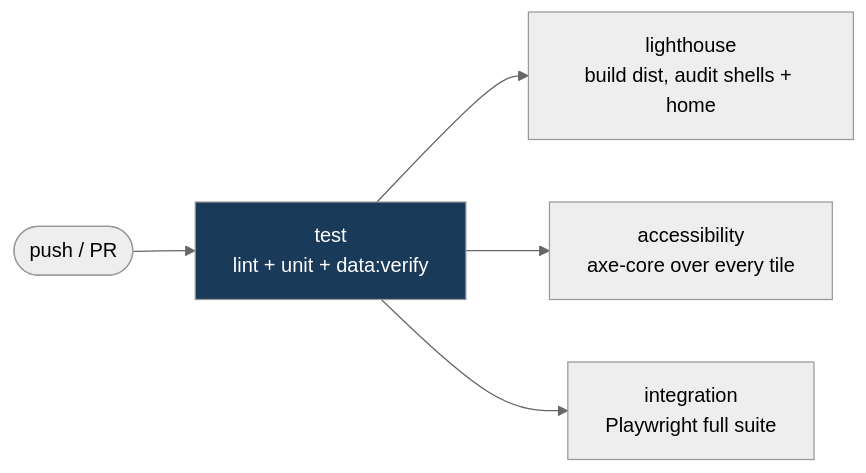
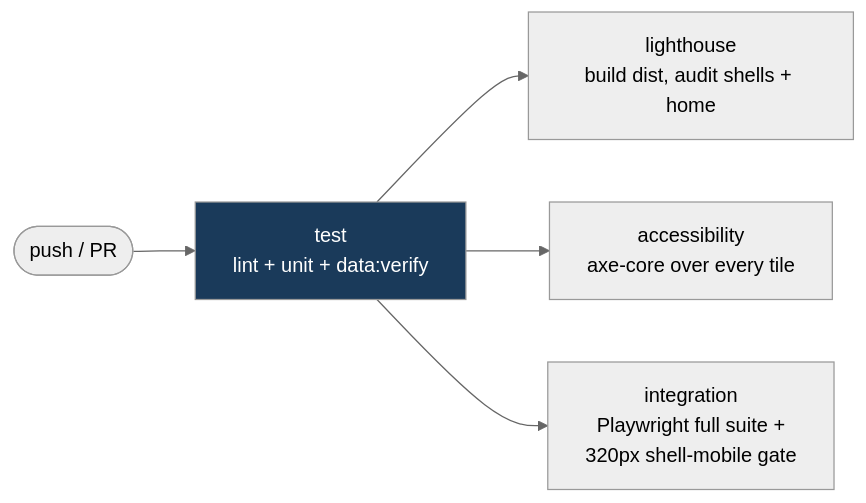
The fifth of 6 diagrams in README.md (clay-good/roughlogic.com), drawn with Mermaid (neutral theme) before and after one commit. The commit also changed other lines of this file and 22 other files, not shown here.

````diff
--- a/README.md
+++ b/README.md
@@ -299,8 +302,8 @@
 ```mermaid
 flowchart LR
     PUSH([push / PR]) --> TEST[test\nlint + unit + data:verify]
     TEST --> LH[lighthouse\nbuild dist, audit shells + home]
     TEST --> A11Y[accessibility\naxe-core over every tile]
-    TEST --> INT[integration\nPlaywright full suite]
+    TEST --> INT[integration\nPlaywright full suite +\n320px shell-mobile gate]
     style TEST fill:#1a3a5a,color:#fff
 ```
````
